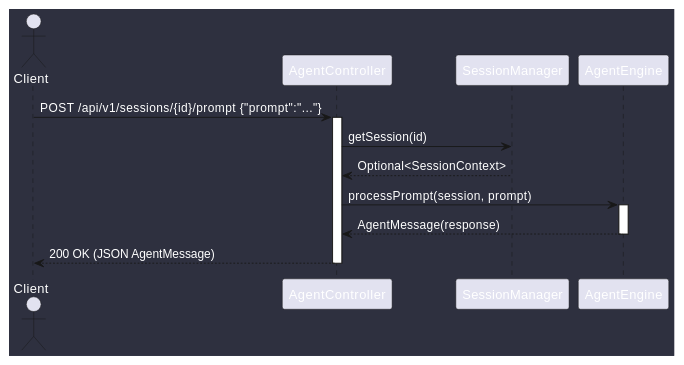
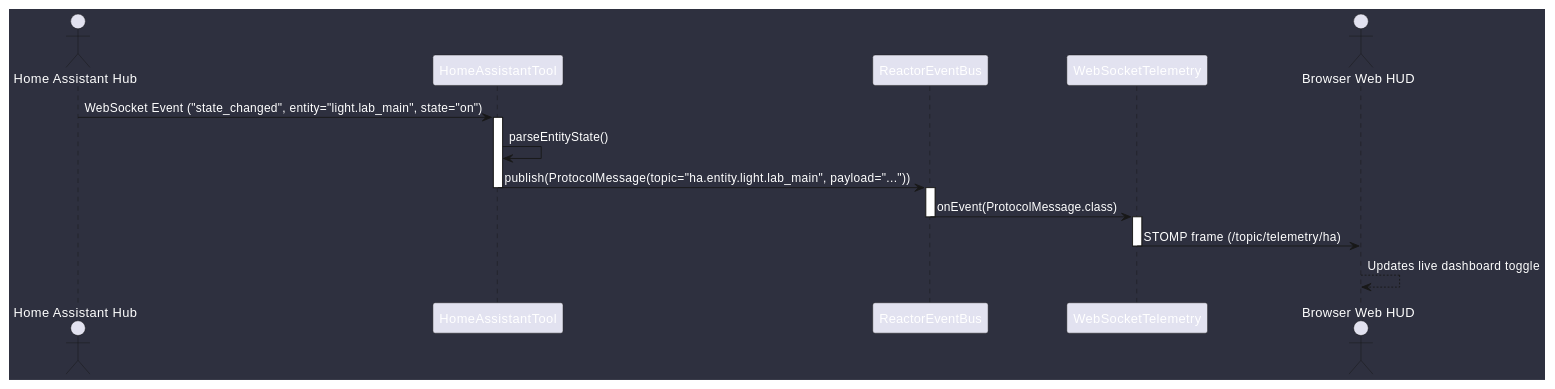
Before and after one commit to mlecabellec/omniwrench: the third of 4 diagrams in doc/docs/architecture/sequences.md, drawn with PlantUML. The commit also changed other lines of this file and 12 other files, not shown here.

````diff
--- a/doc/docs/architecture/sequences.md
+++ b/doc/docs/architecture/sequences.md
@@ -48,25 +97,26 @@
 ```plantuml
 @startuml
 skinparam backgroundColor #2e303f
 skinparam defaultFontColor #ffffff
 
-actor Client as C
-participant "AgentController" as REST
-participant "SessionManager" as SESS
-participant "AgentEngine" as ENG
+actor "Home Assistant Hub" as HA
+participant "HomeAssistantTool" as BRIDGE
+participant "ReactorEventBus" as BUS
+participant "WebSocketTelemetry" as WS
+actor "Browser Web HUD" as WEB
 
-C -> REST : POST /api/v1/sessions/{id}/prompt {"prompt":"..."}
-activate REST
+HA -> BRIDGE : WebSocket Event ("state_changed", entity="light.lab_main", state="on")
+activate BRIDGE
+BRIDGE -> BRIDGE : parseEntityState()
+BRIDGE -> BUS : publish(ProtocolMessage(topic="ha.entity.light.lab_main", payload="..."))
+deactivate BRIDGE
 
-REST -> SESS : getSession(id)
-SESS --> REST : Optional<SessionContext>
-
-REST -> ENG : processPrompt(session, prompt)
-activate ENG
-ENG --> REST : AgentMessage(response)
-deactivate ENG
-
-REST --> C : 200 OK (JSON AgentMessage)
-deactivate REST
+activate BUS
+BUS -> WS : onEvent(ProtocolMessage.class)
+deactivate BUS
+activate WS
+WS -> WEB : STOMP frame (/topic/telemetry/ha)
+deactivate WS
+WEB --> WEB : Updates live dashboard toggle
 @enduml
 ```
````
